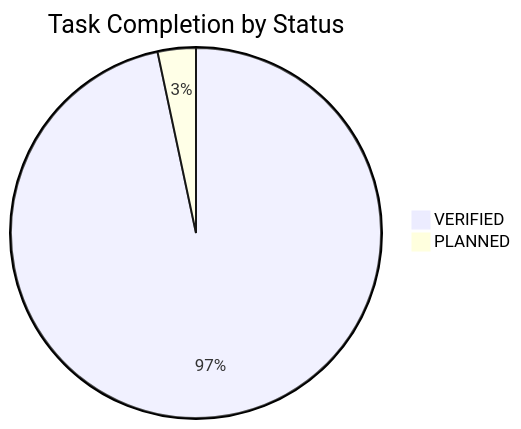
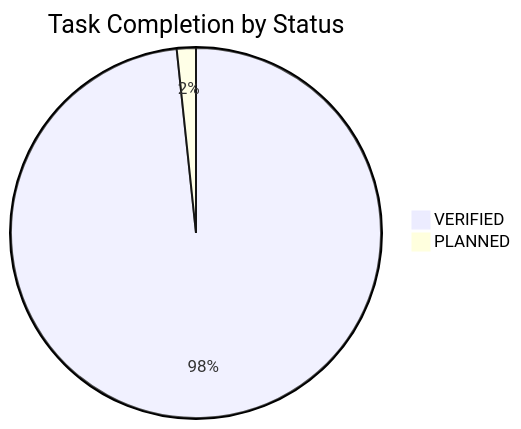
One commit to NguyenTriBaoThang/ClearWayAI changed the diagram in docs/TASK_BOARD.md. Above: the diagram before and after it, drawn with Mermaid. The commit also changed other lines of this file and 14 other files, not shown here.

````diff
--- a/docs/TASK_BOARD.md
+++ b/docs/TASK_BOARD.md
@@ -16,5 +16,5 @@
 ```mermaid
 pie title Task Completion by Status
-    "VERIFIED" : 58
-    "PLANNED" : 2
+    "VERIFIED" : 59
+    "PLANNED" : 1
 ```
````
